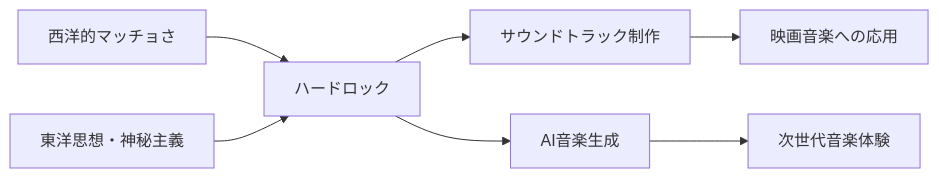
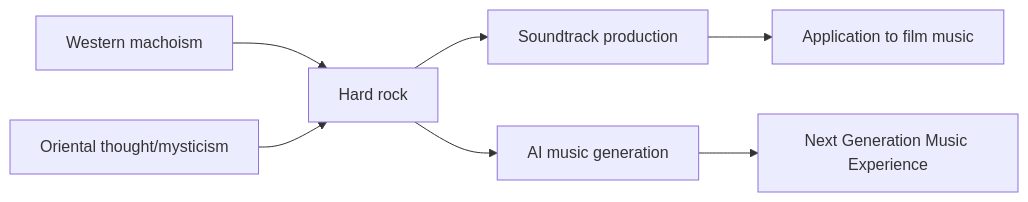
One commit to monumental-movement/monumental-movement.github.io changed the diagram in en/_posts/2025-09-20-Column-Hardrock-Mysticism.md. Above: the diagram before and after it, drawn with Mermaid. The commit also changed other lines of this file and 1719 other files, not shown here.

```diff
--- a/en/_posts/2025-09-20-Column-Hardrock-Mysticism.md
+++ b/en/_posts/2025-09-20-Column-Hardrock-Mysticism.md
@@ -56,11 +57,11 @@
 <div class="mermaid">
 
 flowchart LR
-  A["西洋的マッチョさ"] --> C["ハードロック"]
-  B["東洋思想・神秘主義"] --> C
-  C --> D["サウンドトラック制作"]
-  C --> E["AI音楽生成"]
-  D --> F["映画音楽への応用"]
-  E --> G["次世代音楽体験"]
+A["Western machoism"] --> C["Hard rock"]
+B["Oriental thought/mysticism"] --> C
+C --> D["Soundtrack production"]
+C --> E["AI music generation"]
+D --> F["Application to film music"]
+E --> G["Next Generation Music Experience"]
 
 </div>
```
